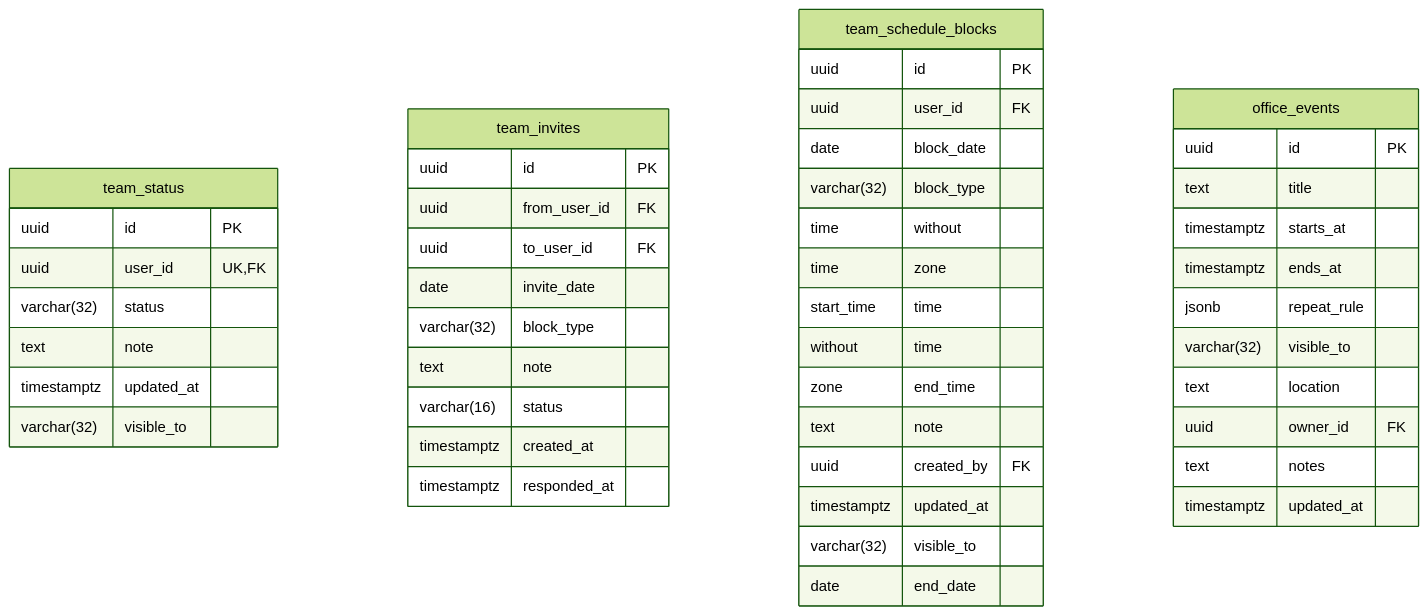
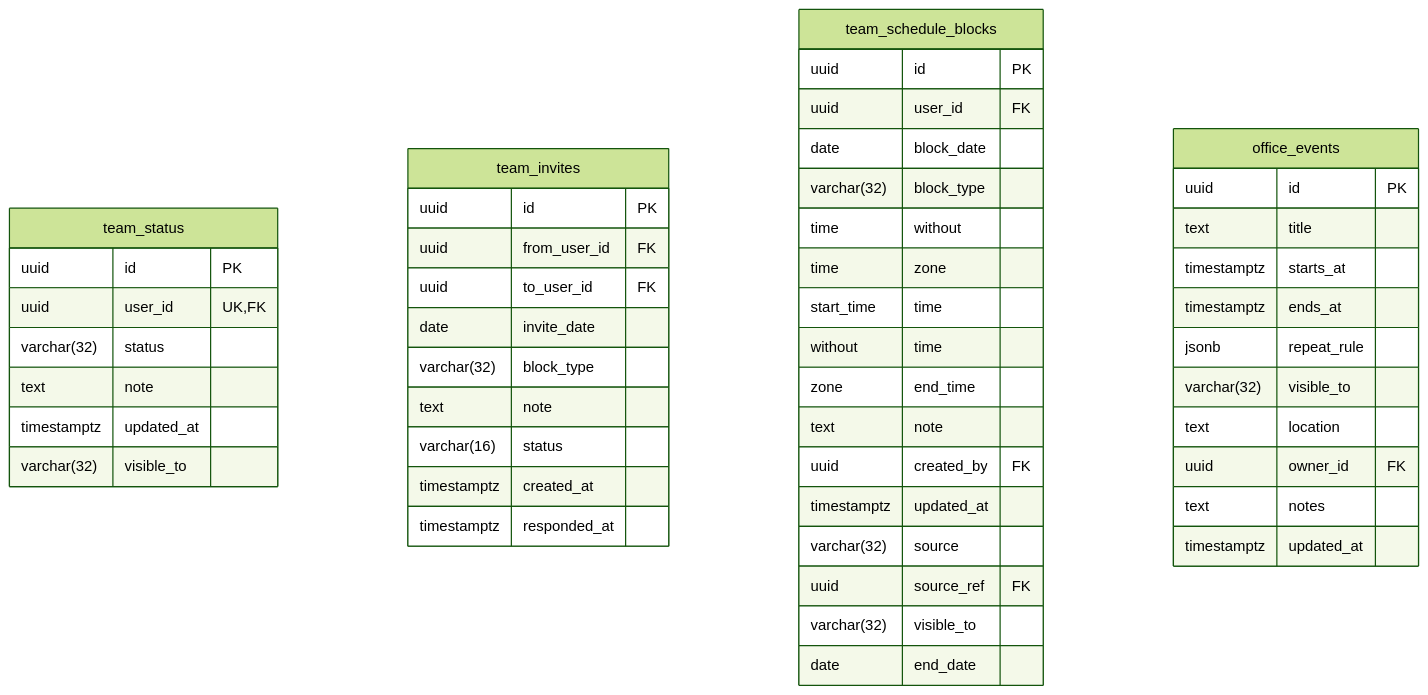
The eighth of 10 diagrams in docs/diagrams/06-erd.md (urlsalimbot/THESIS1-KAPWA), drawn with Mermaid (forest theme) before and after one commit. The commit also changed other lines of this file and 2 other files, not shown here.

First line of the commit message:
docs(erd): regenerate physical model with case events + sync columns

````diff
--- a/docs/diagrams/06-erd.md
+++ b/docs/diagrams/06-erd.md
@@ -1566,51 +1676,53 @@
 ```mermaid
 erDiagram
     "team_status" {
         uuid id PK
         uuid user_id UK, FK
         varchar(32) status
         text note
         timestamptz updated_at
         varchar(32) visible_to
     }
 
     "team_invites" {
         uuid id PK
         uuid from_user_id FK
         uuid to_user_id FK
         date invite_date
         varchar(32) block_type
         text note
         varchar(16) status
         timestamptz created_at
         timestamptz responded_at
     }
 
     "team_schedule_blocks" {
         uuid id PK
         uuid user_id FK
         date block_date
         varchar(32) block_type
         time without time zone start_time
         time without time zone end_time
         text note
         uuid created_by FK
         timestamptz updated_at
+        varchar(32) source
+        uuid source_ref FK
         varchar(32) visible_to
         date end_date
     }
 
     "office_events" {
         uuid id PK
         text title
         timestamptz starts_at
         timestamptz ends_at
         jsonb repeat_rule
         varchar(32) visible_to
         text location
         uuid owner_id FK
         text notes
         timestamptz updated_at
     }
 
 ```
````
